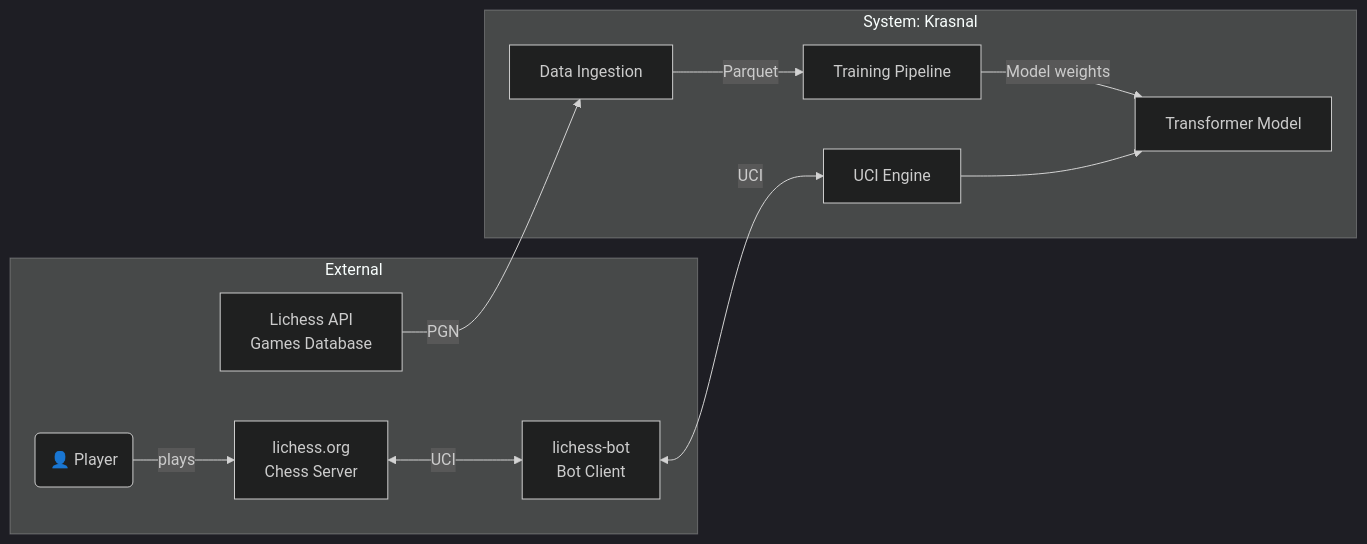
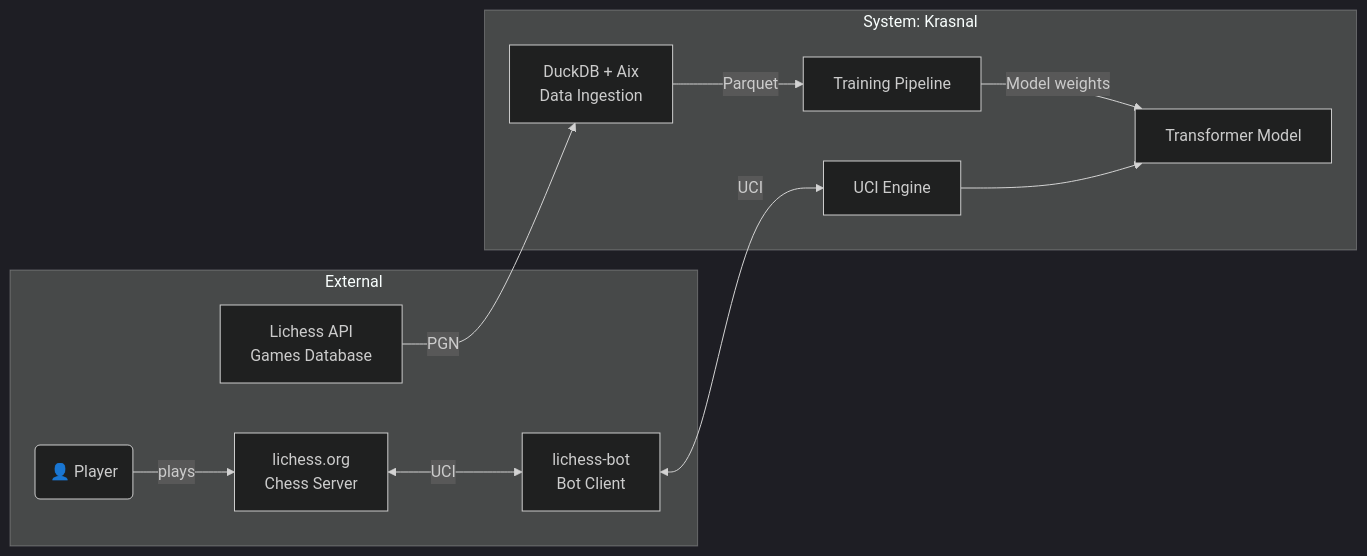
One commit to KSI-ML-research/krasnal changed the first of 2 diagrams in README.md. Above: the diagram before and after it, drawn with Mermaid (dark theme). The commit also changed other lines of this file and 8 other files, not shown here.

````diff
--- a/README.md
+++ b/README.md
@@ -19,24 +19,24 @@
 ```mermaid
 flowchart LR
     subgraph External["External"]
         LichessAPI[Lichess API<br/>Games Database]
         LichessOrg[lichess.org<br/>Chess Server]
         LichessBot[lichess-bot<br/>Bot Client]
         User(👤 Player)
     end
 
     subgraph Krasnal["System: Krasnal"]
-        DataIngestion[Data Ingestion]
+        DataIngestion[DuckDB + Aix<br/>Data Ingestion]
         Training[Training Pipeline]
         Inference[UCI Engine]
         Model[Transformer Model]
     end
 
     LichessAPI -->|"PGN"| DataIngestion
     DataIngestion -->|"Parquet"| Training
     Training -->|"Model weights"| Model
     User -->|"plays"| LichessOrg
     LichessOrg <-->|"UCI"| LichessBot
     LichessBot <--"UCI"--> Inference
     Inference --> Model
 ```
````
